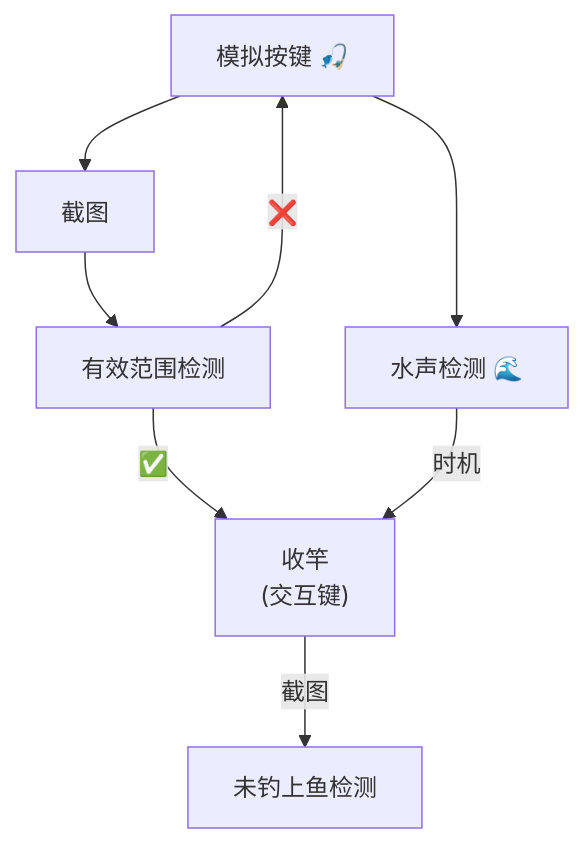
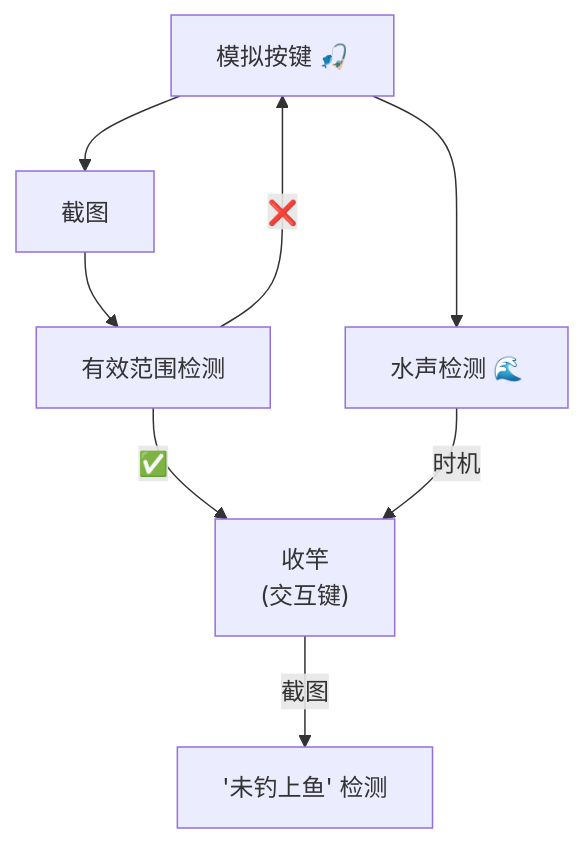
One commit to du00cs/wow-fishing-agent changed the second of 2 diagrams in README.md. Above: the diagram before and after it, drawn with Mermaid. The commit also changed other lines of this file and 5 other files, not shown here.

````diff
--- a/README.md
+++ b/README.md
@@ -59,18 +76,18 @@
 ```mermaid
 graph TD
   cast["模拟按键 🎣"]
   capture["截图"]
   valid["有效范围检测"]
   sed["水声检测 🌊"]
   end1["收竿
   (交互键)"]
-  judge["未钓上鱼检测"]
+  judge["'未钓上鱼' 检测"]
   
   cast --> capture
   capture --> valid
   cast --> sed
   valid -->|✅| end1
   valid -->|❌|cast
   sed -->|时机|end1
   end1 --> |截图|judge
 ```
````
